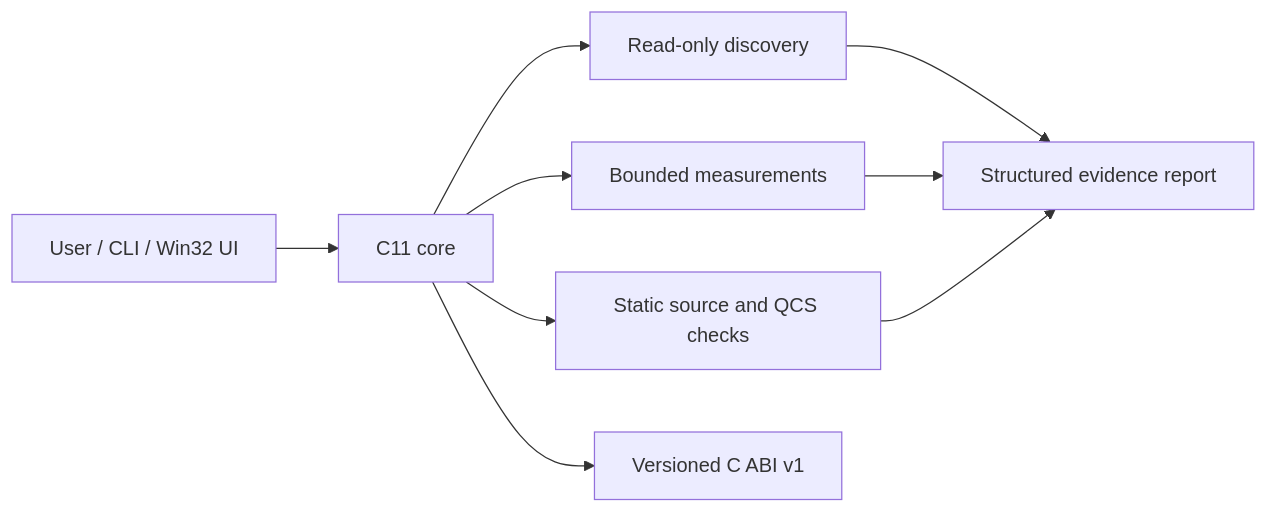
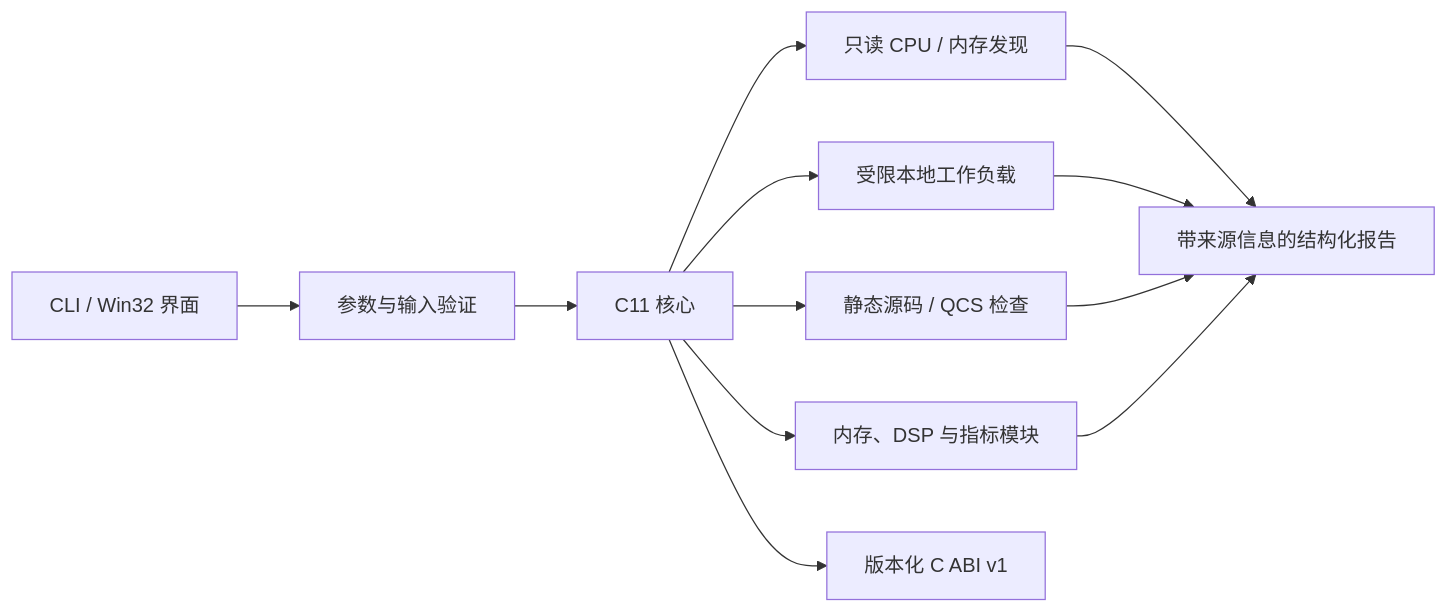
The diagram in README.zh-CN.md (Ivan-VHS/Pytyliki), drawn with Mermaid before and after one commit. The commit also changed other lines of this file, not shown here.

```diff
--- a/README.zh-CN.md
+++ b/README.zh-CN.md
@@ -32,11 +40,14 @@
 ~~~mermaid
 flowchart LR
-  U["User / CLI / Win32 UI"] --> C["C11 core"]
-  C --> D["Read-only discovery"]
-  C --> B["Bounded measurements"]
-  C --> S["Static source and QCS checks"]
-  D --> R["Structured evidence report"]
+  U["CLI / Win32 界面"] --> V["参数与输入验证"]
+  V --> C["C11 核心"]
+  C --> D["只读 CPU / 内存发现"]
+  C --> B["受限本地工作负载"]
+  C --> S["静态源码 / QCS 检查"]
+  C --> M["内存、DSP 与指标模块"]
+  D --> R["带来源信息的结构化报告"]
   B --> R
   S --> R
-  C --> A["Versioned C ABI v1"]
+  M --> R
+  C --> A["版本化 C ABI v1"]
 ~~~
```
